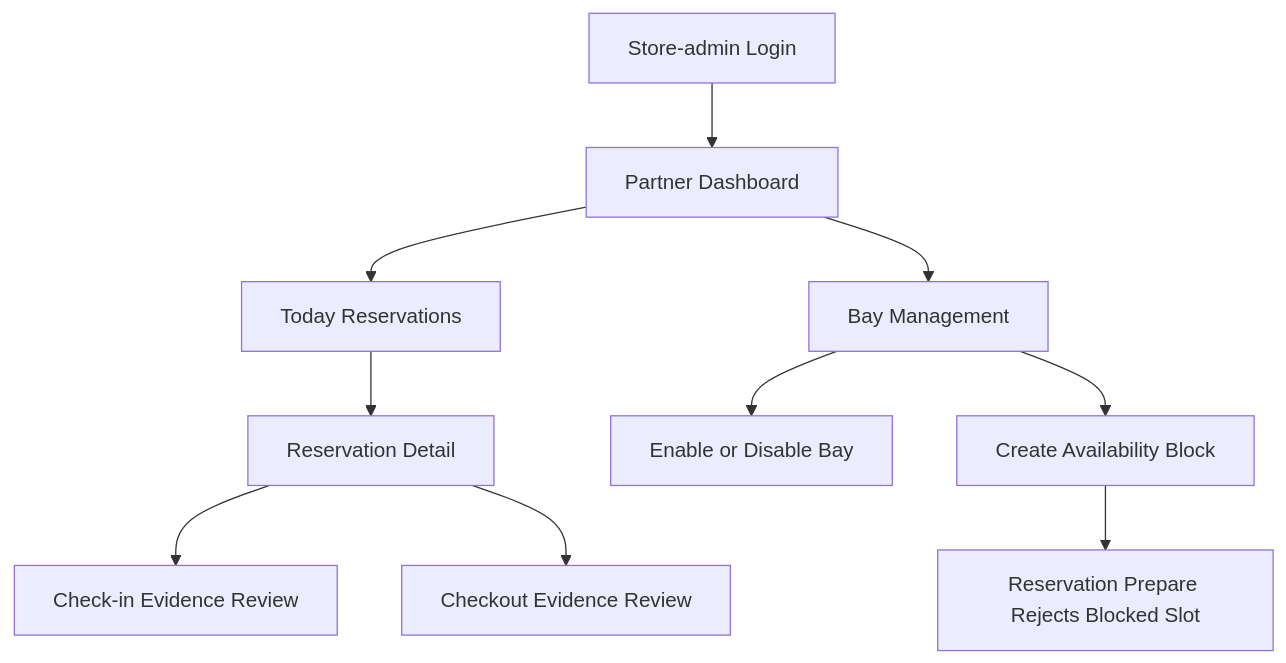
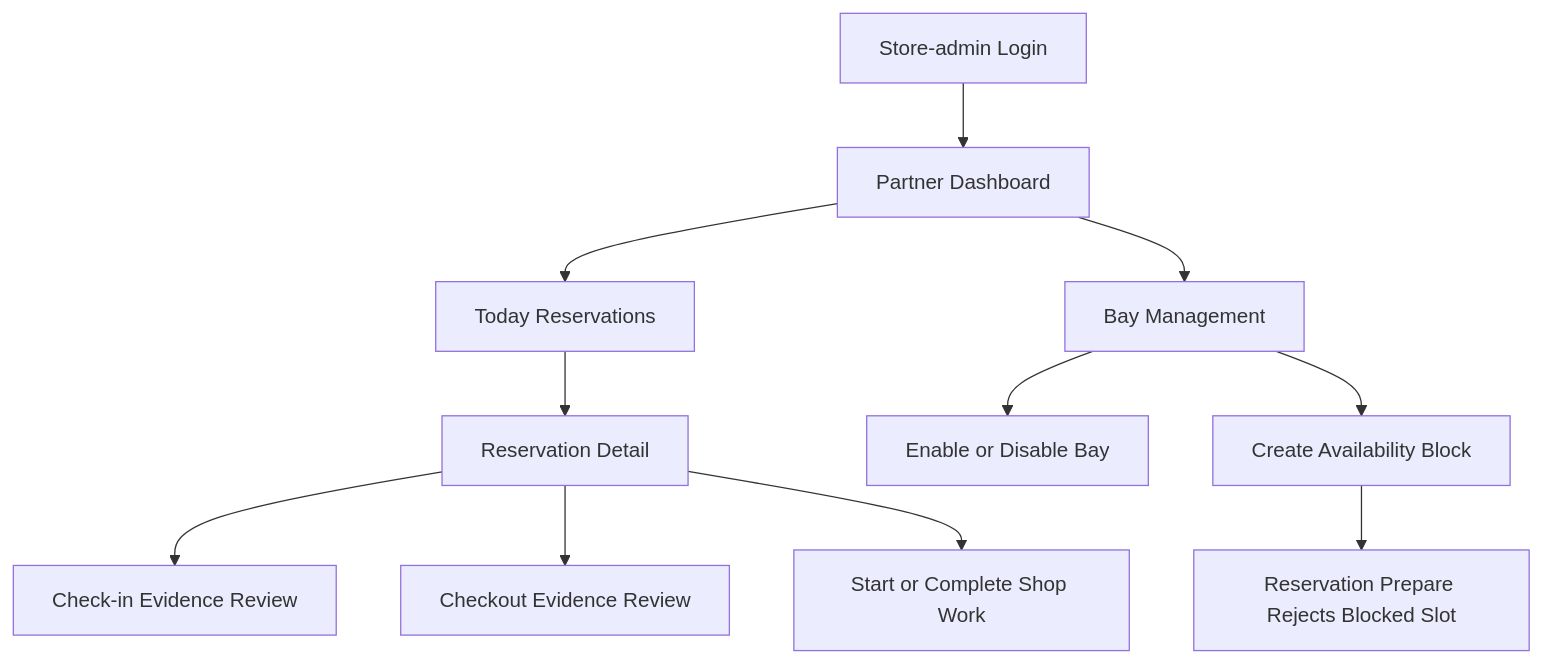
The third of 3 diagrams in docs/UserFlow_MVP.md (CWDll/pitNow), drawn with Mermaid before and after one commit. The commit also changed other lines of this file and 28 other files, not shown here.

````diff
--- a/docs/UserFlow_MVP.md
+++ b/docs/UserFlow_MVP.md
@@ -37,12 +53,13 @@
 ```mermaid
 flowchart TD
 A[Store-admin Login] --> B[Partner Dashboard]
 B --> C[Today Reservations]
 C --> D[Reservation Detail]
 D --> E[Check-in Evidence Review]
 D --> F[Checkout Evidence Review]
+D --> K[Start or Complete Shop Work]
 B --> G[Bay Management]
 G --> H[Enable or Disable Bay]
 G --> I[Create Availability Block]
 I --> J[Reservation Prepare Rejects Blocked Slot]
 ```
````
